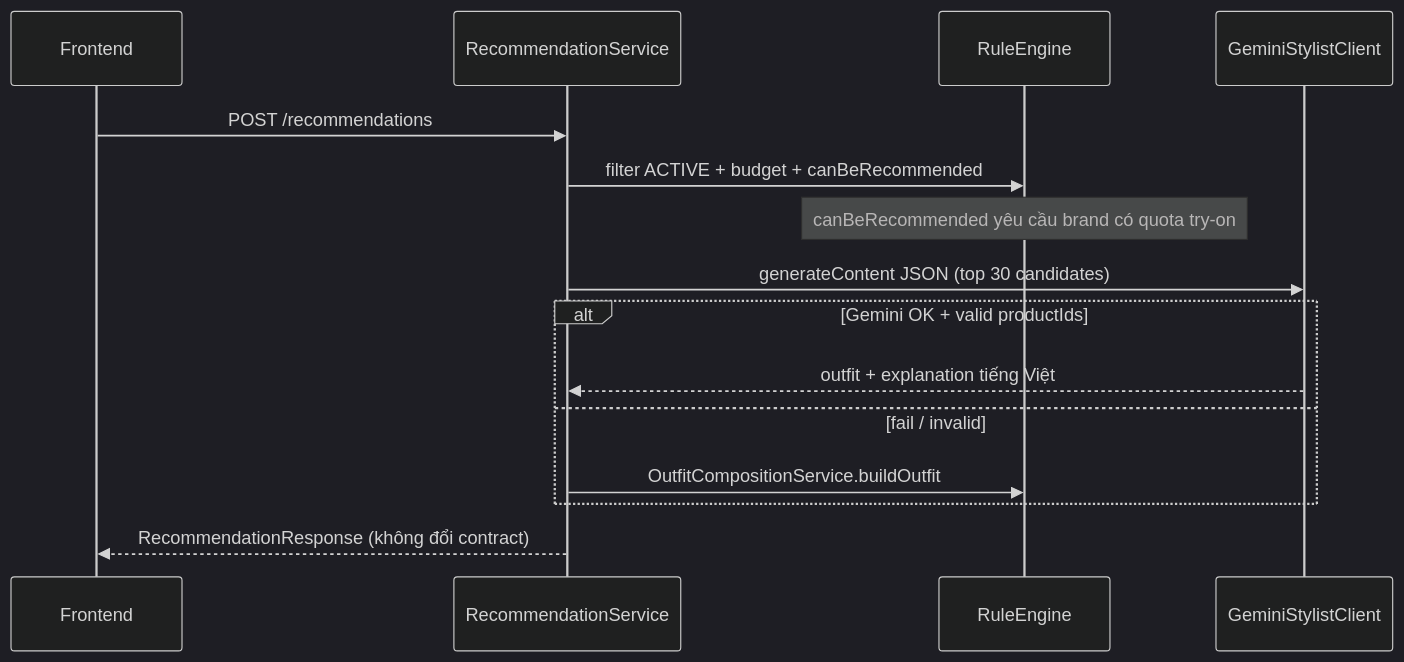
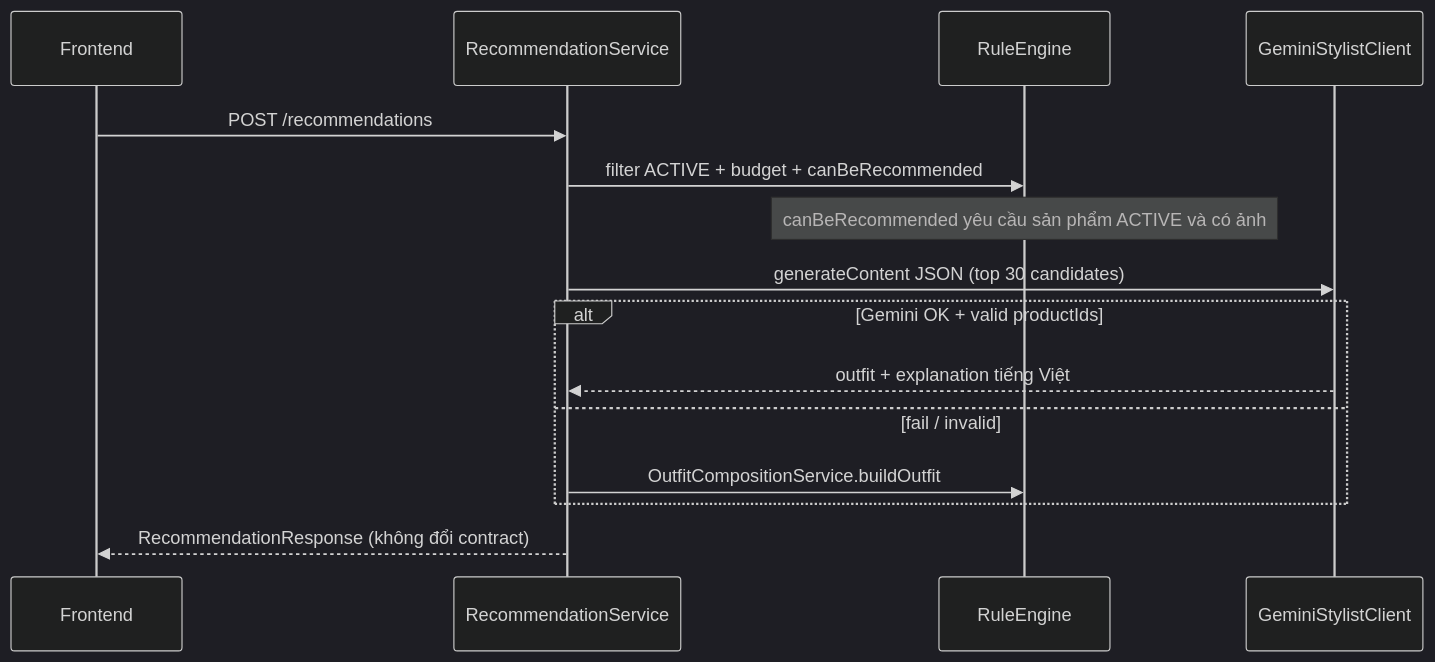
Before and after one commit to KhangNT04/fitme_ai_mvp: the second of 2 diagrams in docs/AI_ARCHITECTURE.md, drawn with Mermaid (dark theme). The commit also changed other lines of this file and 426 other files, not shown here.

````diff
--- a/docs/AI_ARCHITECTURE.md
+++ b/docs/AI_ARCHITECTURE.md
@@ -96,18 +96,18 @@
 ```mermaid
 sequenceDiagram
   participant FE as Frontend
   participant RS as RecommendationService
   participant Rule as RuleEngine
   participant Gemini as GeminiStylistClient
 
   FE->>RS: POST /recommendations
   RS->>Rule: filter ACTIVE + budget + canBeRecommended
-  Note over Rule: canBeRecommended yêu cầu brand có quota try-on
+  Note over Rule: canBeRecommended yêu cầu sản phẩm ACTIVE và có ảnh
   RS->>Gemini: generateContent JSON (top 30 candidates)
   alt Gemini OK + valid productIds
     Gemini-->>RS: outfit + explanation tiếng Việt
   else fail / invalid
     RS->>Rule: OutfitCompositionService.buildOutfit
   end
   RS-->>FE: RecommendationResponse (không đổi contract)
 ```
````
